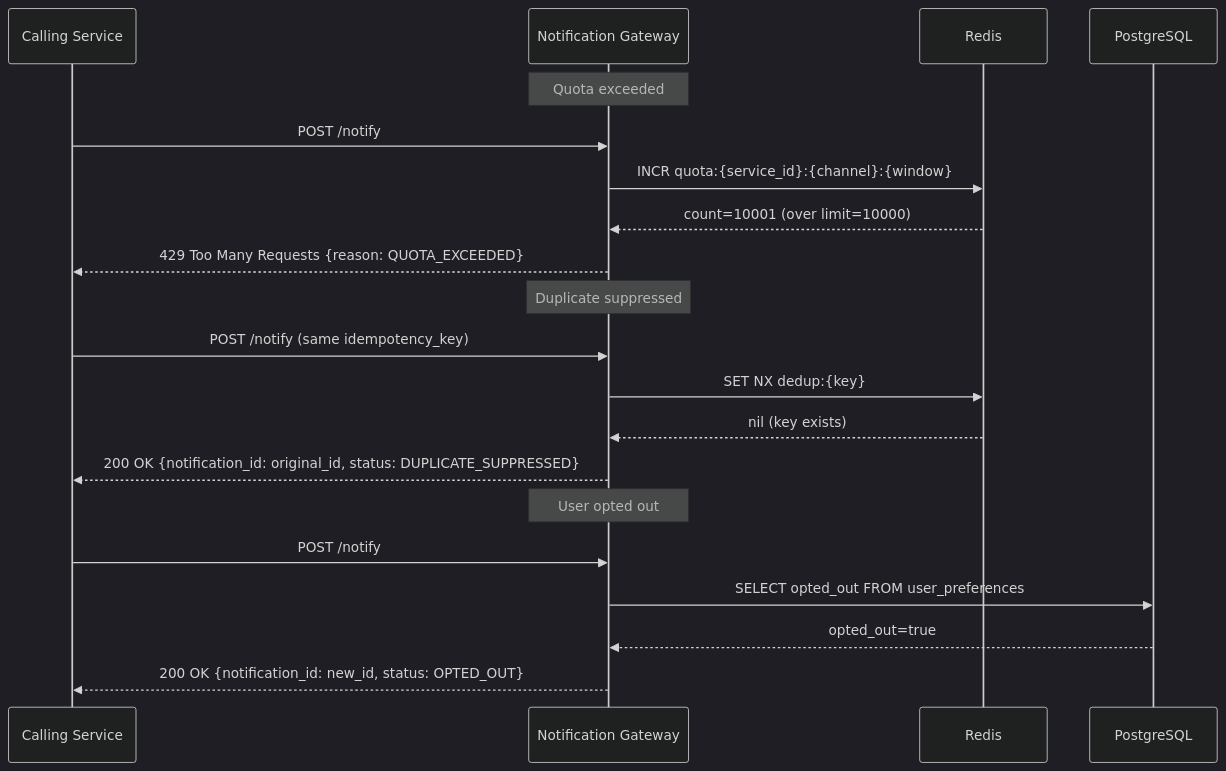
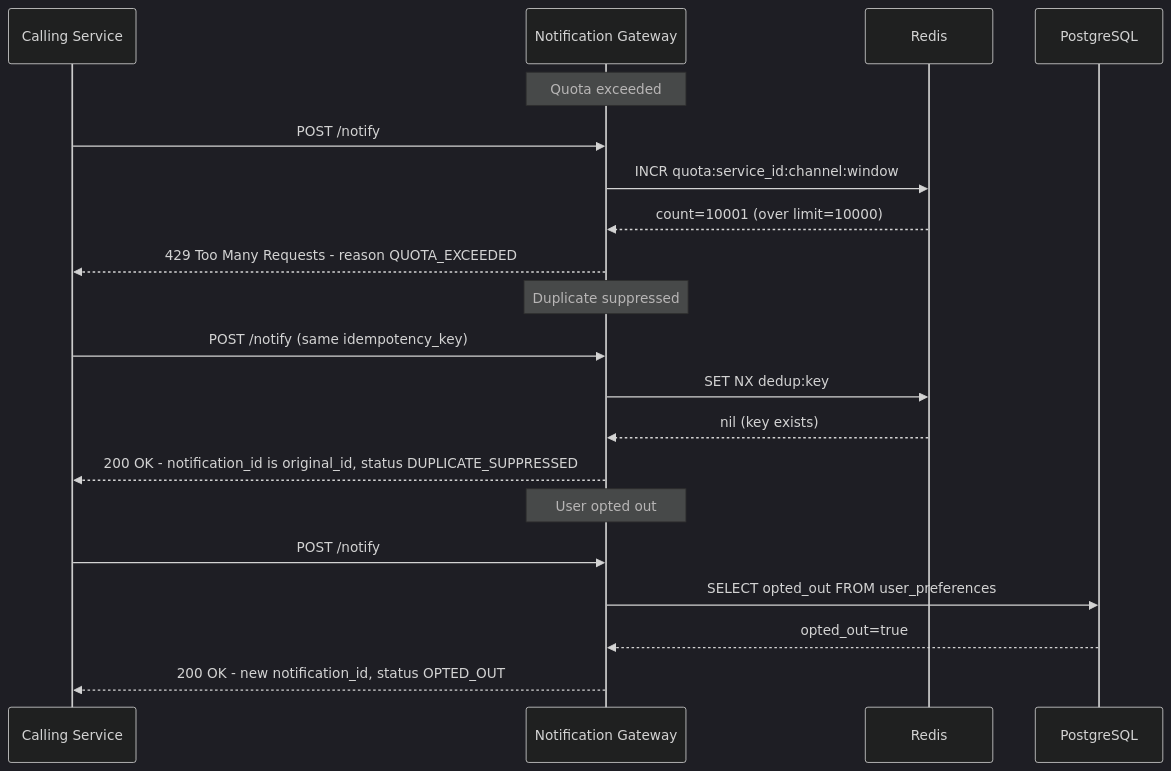
Before and after one commit to bindian0509/system-design: the third of 4 diagrams in notification-service/design/system-architecture.md, drawn with Mermaid (dark theme). The commit also changed other lines of this file and 9 other files, not shown here.

Commit message:
fixing mermaid

````diff
--- a/notification-service/design/system-architecture.md
+++ b/notification-service/design/system-architecture.md
@@ -167,25 +167,25 @@
 ```mermaid
 sequenceDiagram
     participant Caller as Calling Service
     participant GW as Notification Gateway
     participant Redis as Redis
     participant PG as PostgreSQL
 
     Note over GW: Quota exceeded
     Caller->>GW: POST /notify
-    GW->>Redis: INCR quota:{service_id}:{channel}:{window}
+    GW->>Redis: INCR quota:service_id:channel:window
     Redis-->>GW: count=10001 (over limit=10000)
-    GW-->>Caller: 429 Too Many Requests {reason: QUOTA_EXCEEDED}
+    GW-->>Caller: 429 Too Many Requests - reason QUOTA_EXCEEDED
 
     Note over GW: Duplicate suppressed
     Caller->>GW: POST /notify (same idempotency_key)
-    GW->>Redis: SET NX dedup:{key}
+    GW->>Redis: SET NX dedup:key
     Redis-->>GW: nil (key exists)
-    GW-->>Caller: 200 OK {notification_id: original_id, status: DUPLICATE_SUPPRESSED}
+    GW-->>Caller: 200 OK - notification_id is original_id, status DUPLICATE_SUPPRESSED
 
     Note over GW: User opted out
     Caller->>GW: POST /notify
     GW->>PG: SELECT opted_out FROM user_preferences
     PG-->>GW: opted_out=true
-    GW-->>Caller: 200 OK {notification_id: new_id, status: OPTED_OUT}
+    GW-->>Caller: 200 OK - new notification_id, status OPTED_OUT
 ```
````
